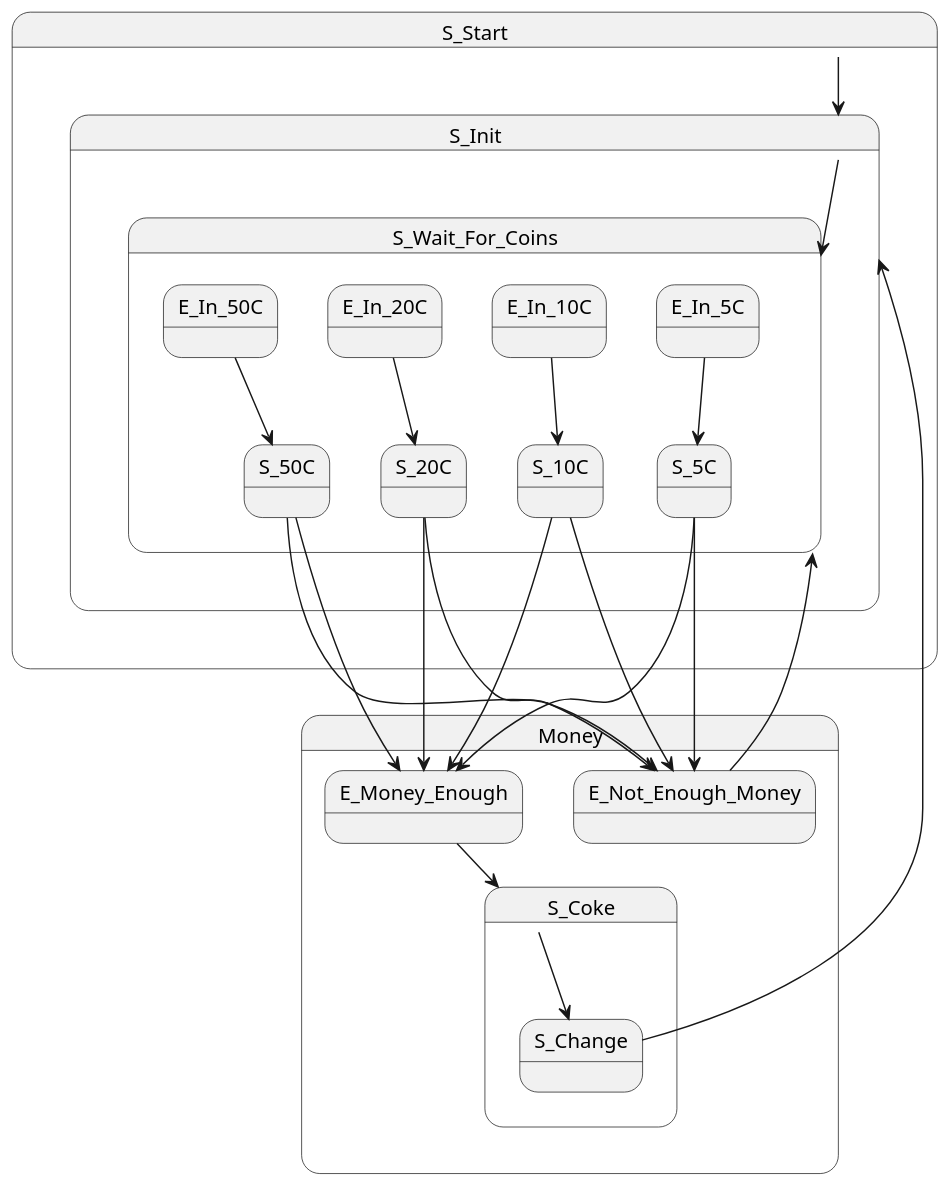
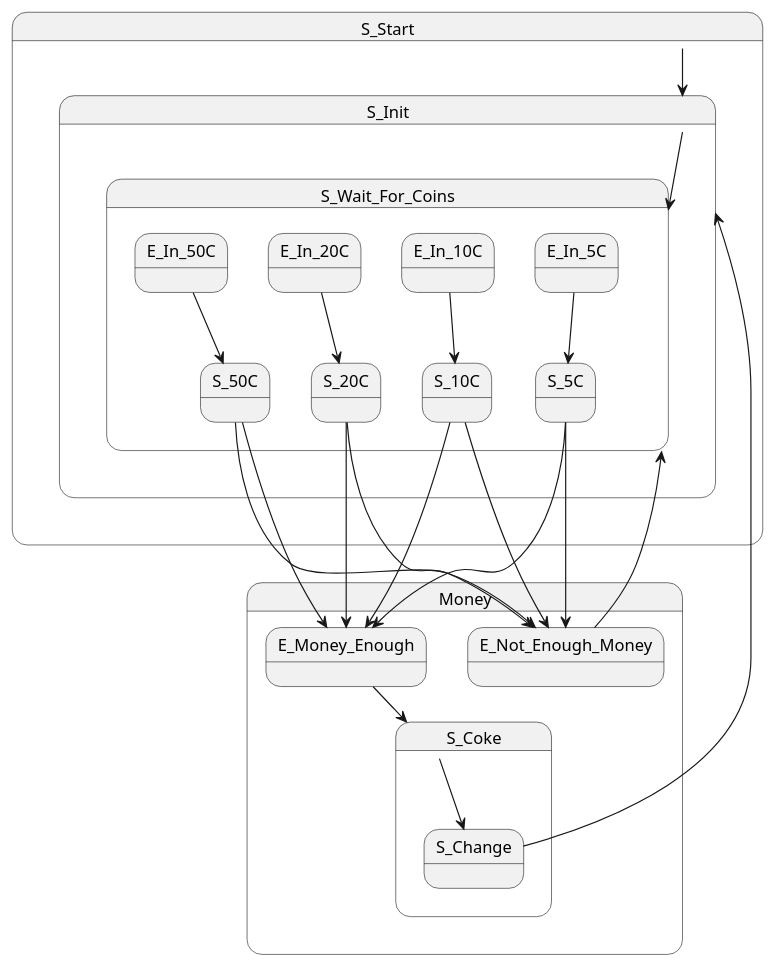
One commit to VvWijhe/Cleanify changed the diagram in UML/test-state.puml. Above: the diagram before and after it, drawn with PlantUML.

Commit message:
updated plantuml

```diff
--- a/UML/test-state.puml
+++ b/UML/test-state.puml
@@ -1,55 +1,54 @@
 @startuml
-scale 800 width
 
 state S_Start{
 S_Start --> S_Init
 }
 
 state S_Init{
 S_Init --> S_Wait_For_Coins
 }
 
 state S_Wait_For_Coins{
 E_In_5C --> S_5C
 E_In_10C --> S_10C
 E_In_20C --> S_20C
 E_In_50C --> S_50C
 }
 
 state Money{
 
 E_Money_Enough --> S_Coke
 E_Not_Enough_Money --> S_Wait_For_Coins
 
 state S_5C{
 S_5C --> E_Money_Enough
 S_5C --> E_Not_Enough_Money
 }
 
 state S_10C{
 S_10C --> E_Money_Enough
 S_10C --> E_Not_Enough_Money
 }
 
 state S_20C{
 S_20C --> E_Money_Enough
 S_20C --> E_Not_Enough_Money
 }
 
 state S_50C{
 S_50C --> E_Money_Enough
 S_50C --> E_Not_Enough_Money
 }
 
 
 }
 
 state S_Coke{
 S_Coke --> S_Change
 }
 
 state S_Change{
 S_Change --> S_Init
 }
 
 @enduml
```
